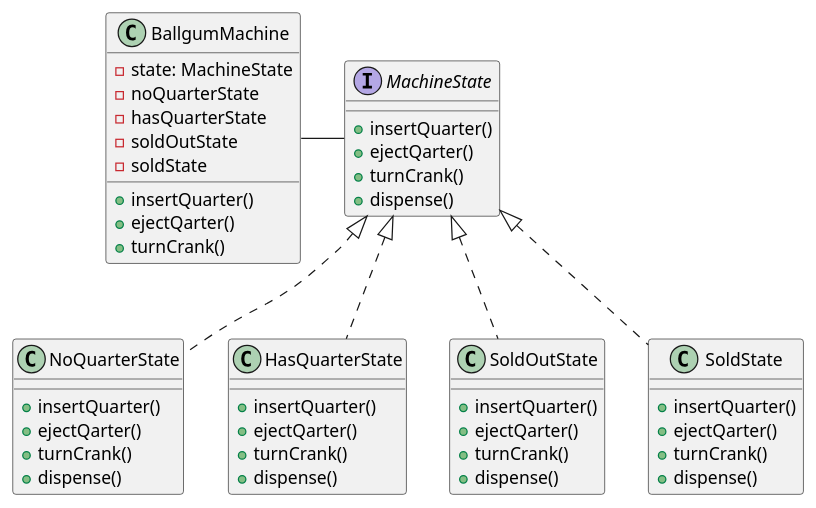
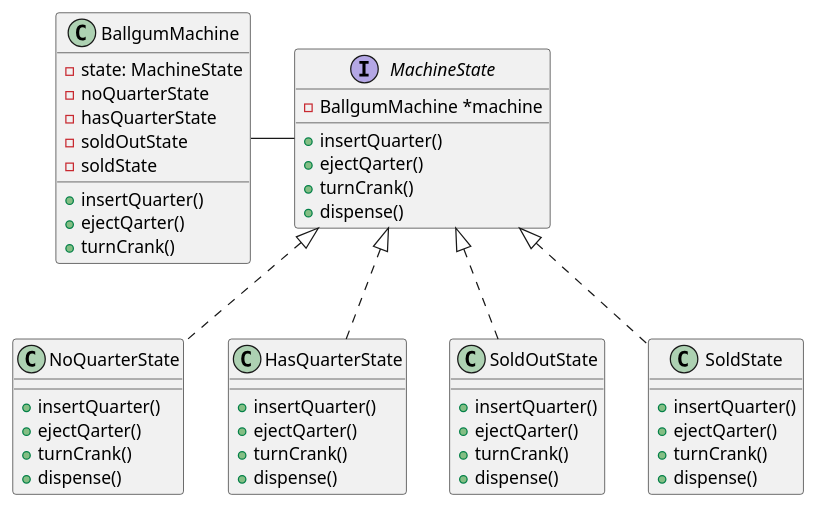
One commit to alesgenova/design-patterns changed the diagram in 10_state_pattern/README.md. Above: the diagram before and after it, drawn with PlantUML. The commit also changed 7 other files, not shown here.

````diff
--- a/10_state_pattern/README.md
+++ b/10_state_pattern/README.md
@@ -7,59 +7,60 @@
 ```plantuml
 @startuml
 
 Class BallgumMachine{
   + insertQuarter()
   + ejectQarter()
   + turnCrank()
   - state: MachineState
   - noQuarterState
   - hasQuarterState
   - soldOutState
   - soldState
 }
 
 Interface MachineState{
+  - BallgumMachine *machine
   + insertQuarter()
   + ejectQarter()
   + turnCrank()
   + dispense()
 }
 
 Class NoQuarterState{
   + insertQuarter()
   + ejectQarter()
   + turnCrank()
   + dispense()
 }
 
 Class HasQuarterState{
   + insertQuarter()
   + ejectQarter()
   + turnCrank()
   + dispense()
 }
 
 Class SoldOutState{
   + insertQuarter()
   + ejectQarter()
   + turnCrank()
   + dispense()
 }
 
 Class SoldState{
   + insertQuarter()
   + ejectQarter()
   + turnCrank()
   + dispense()
 }
 
 
 MachineState <|.. NoQuarterState
 MachineState <|.. HasQuarterState
 MachineState <|.. SoldOutState
 MachineState <|.. SoldState
 
 BallgumMachine - MachineState
 
 @enduml
 ```
````
